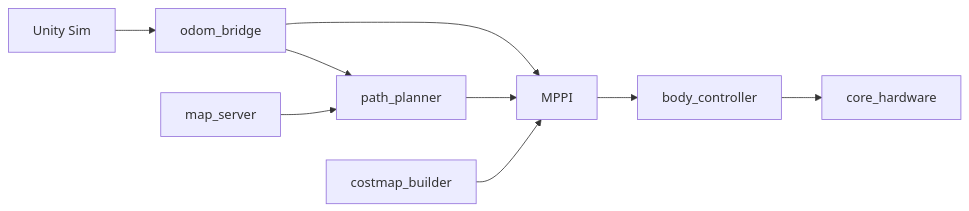
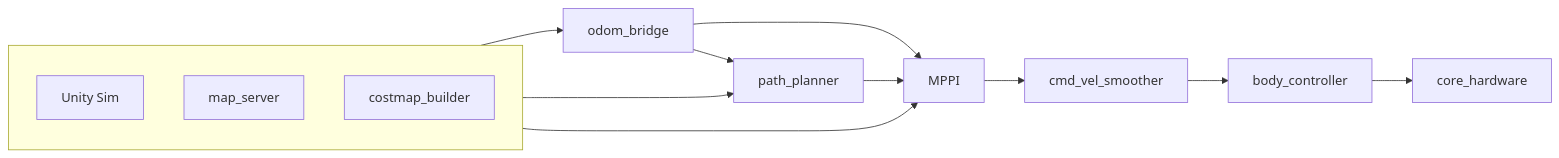
The diagram in docs/index.md (team-continue/core2026), drawn with Mermaid before and after one commit. The commit also changed other lines of this file and 13 other files, not shown here.

First line of the commit message:
feat: cmd_vel EMAスムーザー追加（MPPI出力の振動抑制）

````diff
--- a/docs/index.md
+++ b/docs/index.md
@@ -38,11 +39,19 @@
 ```mermaid
 graph LR
-    Unity[Unity Sim] --> OdomBridge[odom_bridge]
-    OdomBridge --> PathPlanner[path_planner]
+    subgraph Sensing[" "]
+        direction TB
+        Unity[Unity Sim]
+        MapServer[map_server]
+        CostmapBuilder[costmap_builder]
+    end
+
+    OdomBridge[odom_bridge] --> PathPlanner[path_planner]
+    Unity --> OdomBridge
+    MapServer --> PathPlanner
     OdomBridge --> MPPI
-    MapServer[map_server] --> PathPlanner
     PathPlanner --> MPPI
-    CostmapBuilder[costmap_builder] --> MPPI
-    MPPI --> BodyController[body_controller]
+    CostmapBuilder --> MPPI
+    MPPI --> Smoother[cmd_vel_smoother]
+    Smoother --> BodyController[body_controller]
     BodyController --> Hardware[core_hardware]
 ```
````
